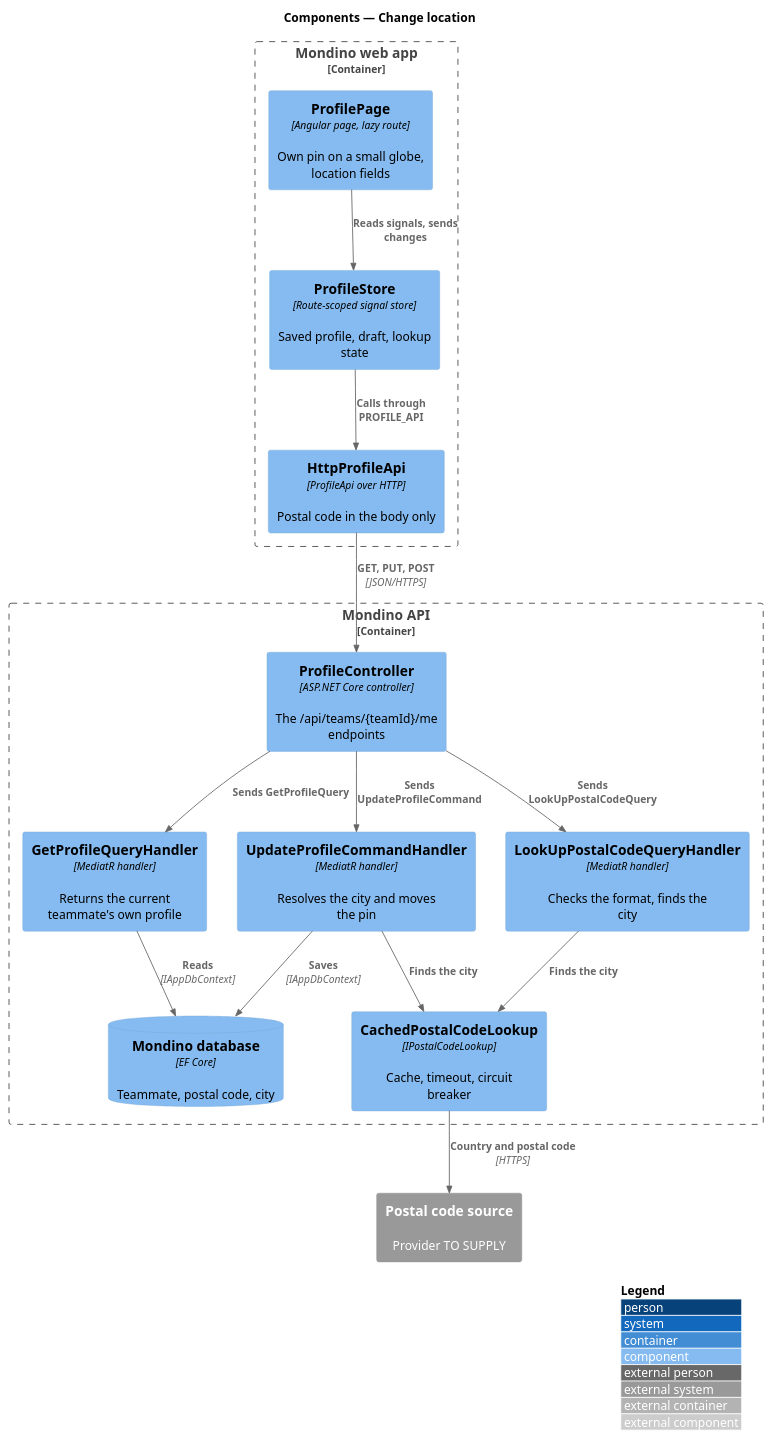
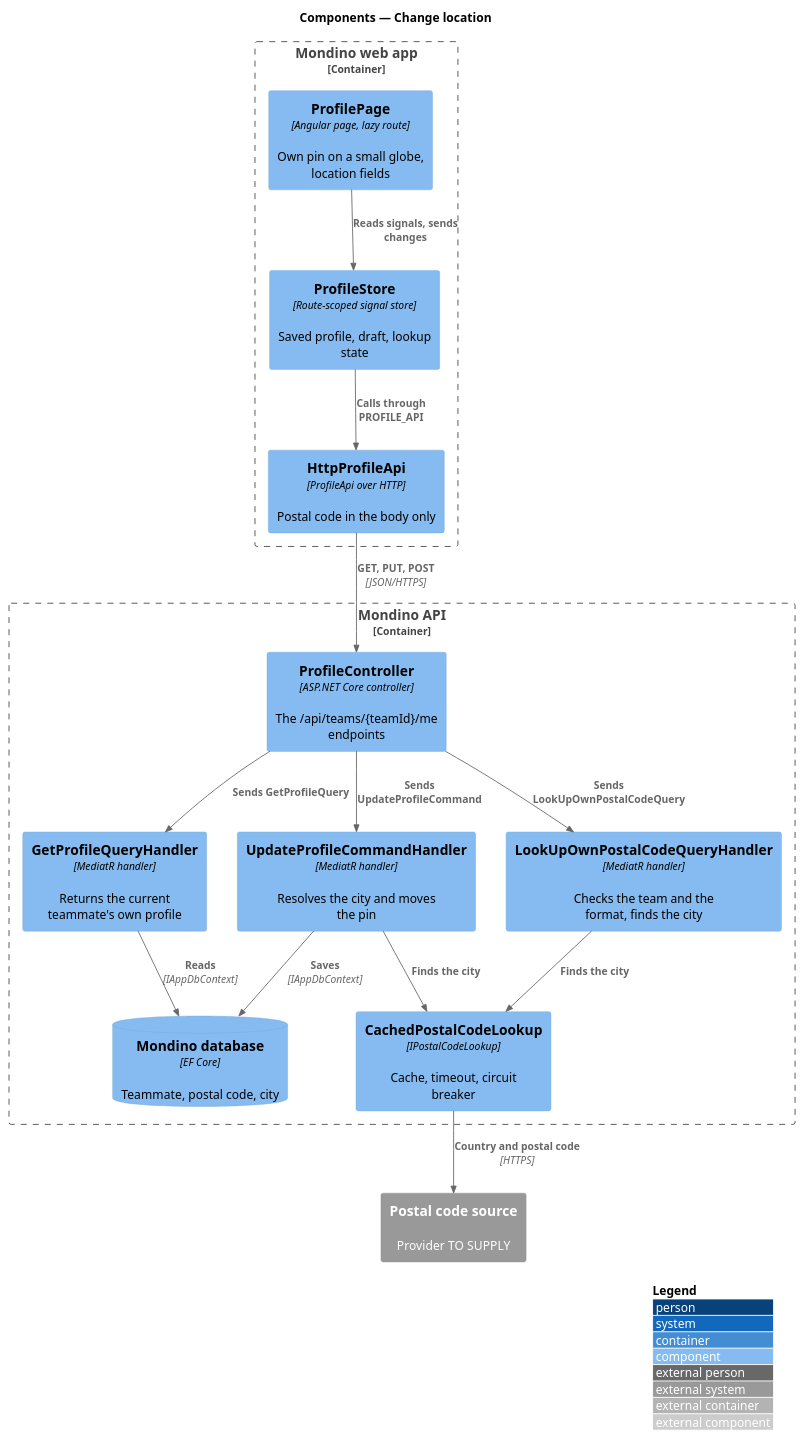
Before and after one commit to QuinntyneBrown/Mondino: the diagram in docs/detailed-designs/profile/change-location/diagrams/c4-component.puml, drawn with PlantUML. The commit also changed 38 other files, not shown here.

```diff
--- a/docs/detailed-designs/profile/change-location/diagrams/c4-component.puml
+++ b/docs/detailed-designs/profile/change-location/diagrams/c4-component.puml
@@ -1,32 +1,32 @@
 @startuml
 !include <C4/C4_Component>
 LAYOUT_WITH_LEGEND()
 title Components — Change location
 
 Container_Boundary(spa, "Mondino web app") {
   Component(page, "ProfilePage", "Angular page, lazy route", "Own pin on a small globe, location fields")
   Component(store, "ProfileStore", "Route-scoped signal store", "Saved profile, draft, lookup state")
   Component(client, "HttpProfileApi", "ProfileApi over HTTP", "Postal code in the body only")
 }
 Container_Boundary(api, "Mondino API") {
   Component(ctrl, "ProfileController", "ASP.NET Core controller", "The /api/teams/{teamId}/me endpoints")
   Component(get, "GetProfileQueryHandler", "MediatR handler", "Returns the current teammate's own profile")
-  Component(lookup, "LookUpPostalCodeQueryHandler", "MediatR handler", "Checks the format, finds the city")
+  Component(lookup, "LookUpOwnPostalCodeQueryHandler", "MediatR handler", "Checks the team and the format, finds the city")
   Component(update, "UpdateProfileCommandHandler", "MediatR handler", "Resolves the city and moves the pin")
   Component(source, "CachedPostalCodeLookup", "IPostalCodeLookup", "Cache, timeout, circuit breaker")
   ComponentDb(db, "Mondino database", "EF Core", "Teammate, postal code, city")
 }
 System_Ext(postal, "Postal code source", "Provider TO SUPPLY")
 
 Rel(page, store, "Reads signals, sends changes")
 Rel(store, client, "Calls through PROFILE_API")
 Rel(client, ctrl, "GET, PUT, POST", "JSON/HTTPS")
 Rel(ctrl, get, "Sends GetProfileQuery")
-Rel(ctrl, lookup, "Sends LookUpPostalCodeQuery")
+Rel(ctrl, lookup, "Sends LookUpOwnPostalCodeQuery")
 Rel(ctrl, update, "Sends UpdateProfileCommand")
 Rel(lookup, source, "Finds the city")
 Rel(update, source, "Finds the city")
 Rel(get, db, "Reads", "IAppDbContext")
 Rel(update, db, "Saves", "IAppDbContext")
 Rel(source, postal, "Country and postal code", "HTTPS")
 @enduml
```
